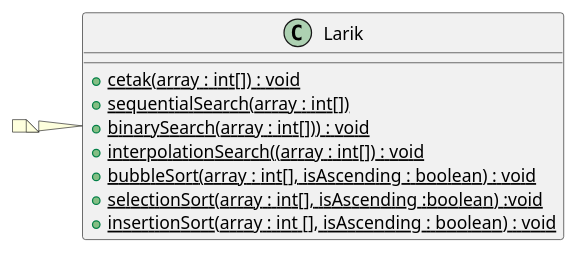
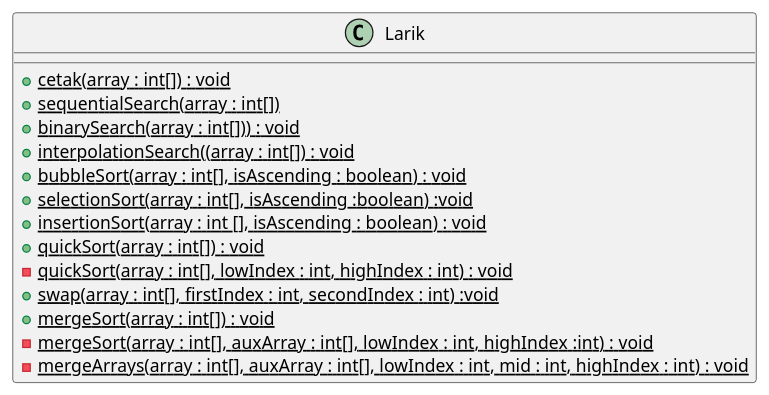
The diagram in src/Larik.puml (hersa37/SDL_Larik), drawn with PlantUML before and after one commit. The commit also changed 4 other files, not shown here.

Commit message:
Added Merge and Quick

```diff
--- a/src/Larik.puml
+++ b/src/Larik.puml
@@ -1,19 +1,26 @@
 @startuml
 'https://plantuml.com/class-diagram
 
 
 
 class Larik{
 
 +{static} cetak(array : int[]) : void
 +{static} sequentialSearch(array : int[])
 +{static} binarySearch(array : int[])) : void
 +{static} interpolationSearch((array : int[]) : void
 +{static} bubbleSort(array : int[], isAscending : boolean) : void
 +{static} selectionSort(array : int[], isAscending :boolean) :void
 +{static} insertionSort(array : int [], isAscending : boolean) : void
++{static} quickSort(array : int[]) : void
+-{static} quickSort(array : int[], lowIndex : int, highIndex : int) : void
++{static} swap(array : int[], firstIndex : int, secondIndex : int) :void
++{static} mergeSort(array : int[]) : void
+-{static} mergeSort(array : int[], auxArray : int[],  lowIndex : int, highIndex :int) : void
+-{static} mergeArrays(array : int[], auxArray : int[], lowIndex : int, mid : int, highIndex : int) : void
+
+
 
 }
-note left of Larik:
 
 @enduml
```
